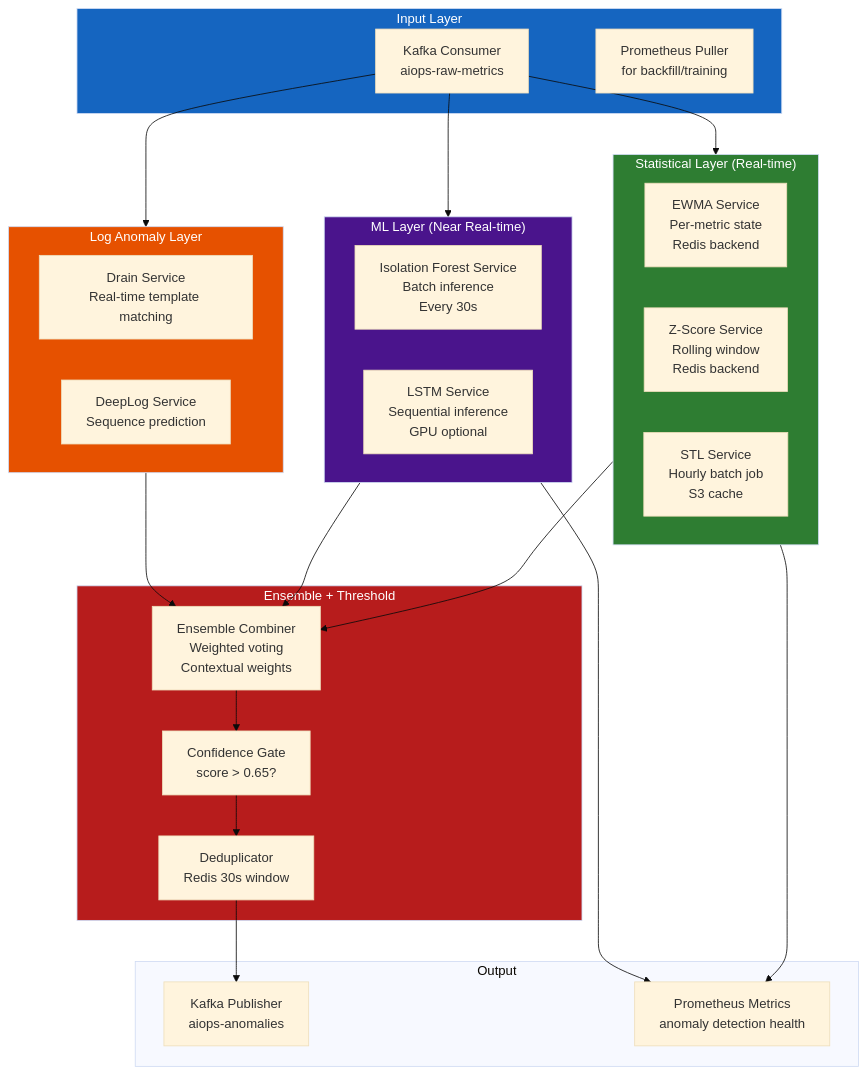
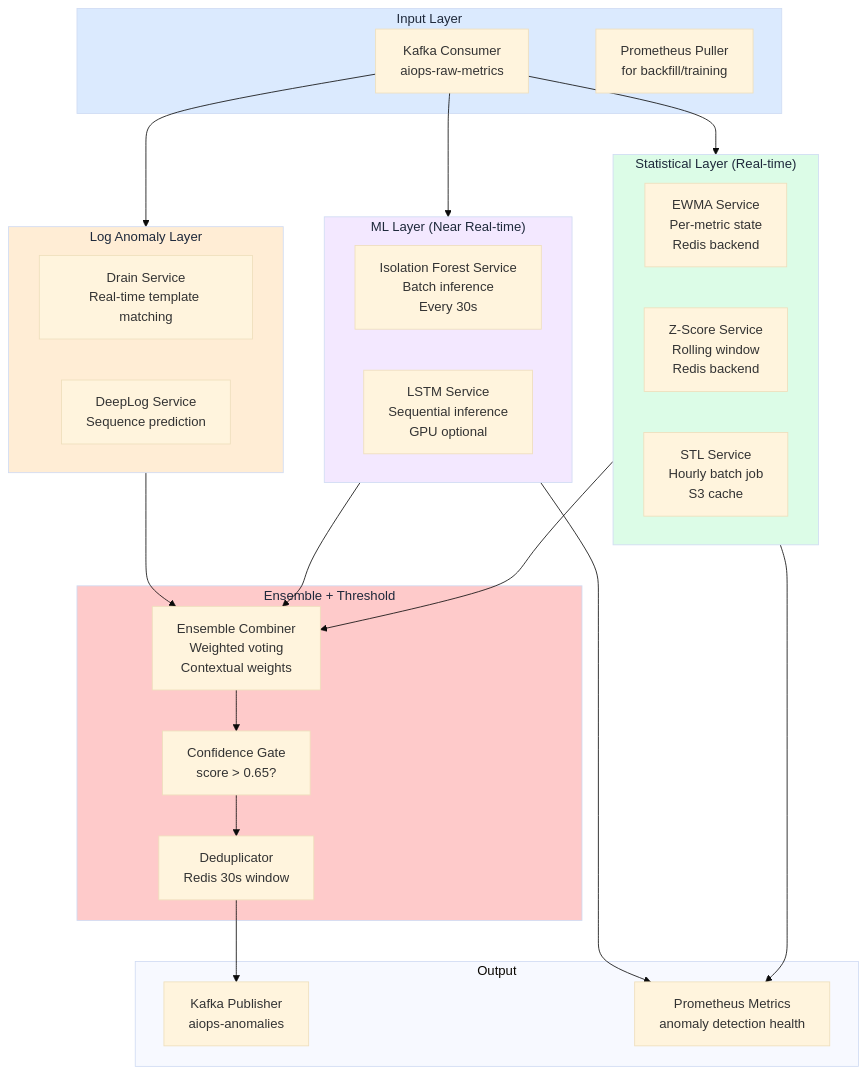
Before and after one commit to XUanhoa04/aiops-engineering-handbook: the seventh of 8 diagrams in docs/vi/08-anomaly-detection/README.vi.md, drawn with Mermaid (base theme). The commit also changed other lines of this file and 39 other files, not shown here.

First line of the commit message:
docs: concept-first Ch.08-12, collapse code, soft Mermaid colors

````diff
--- a/docs/vi/08-anomaly-detection/README.vi.md
+++ b/docs/vi/08-anomaly-detection/README.vi.md
@@ -1480,52 +2257,52 @@
 ```mermaid
 flowchart TD
     subgraph Input["Input Layer"]
         KF[Kafka Consumer\naiops-raw-metrics]
         PROM[Prometheus Puller\nfor backfill/training]
     end
 
     subgraph StatLayer["Statistical Layer (Real-time)"]
         EWMA_S[EWMA Service\nPer-metric state\nRedis backend]
         ZSCORE[Z-Score Service\nRolling window\nRedis backend]
         STL_S[STL Service\nHourly batch job\nS3 cache]
     end
 
     subgraph MLLayer["ML Layer (Near Real-time)"]
         IF_S[Isolation Forest Service\nBatch inference\nEvery 30s]
         LSTM_S[LSTM Service\nSequential inference\nGPU optional]
     end
 
     subgraph LogLayer["Log Anomaly Layer"]
         DRAIN_S[Drain Service\nReal-time template matching]
         DEEPLOG_S[DeepLog Service\nSequence prediction]
     end
 
     subgraph Ensemble["Ensemble + Threshold"]
         ENS[Ensemble Combiner\nWeighted voting\nContextual weights]
         GATE[Confidence Gate\nscore > 0.65?]
         DEDUP[Deduplicator\nRedis 30s window]
     end
 
     subgraph Output["Output"]
         PUB[Kafka Publisher\naiops-anomalies]
         METRICS[Prometheus Metrics\nanomaly detection health]
     end
 
     KF --> StatLayer
     KF --> MLLayer
     KF --> LogLayer
 
     StatLayer --> ENS
     MLLayer --> ENS
     LogLayer --> ENS
 
     ENS --> GATE --> DEDUP --> PUB
     StatLayer --> METRICS
     MLLayer --> METRICS
 
-    style Input fill:#1565c0,color:#fff
-    style StatLayer fill:#2e7d32,color:#fff
-    style MLLayer fill:#4a148c,color:#fff
-    style LogLayer fill:#e65100,color:#fff
-    style Ensemble fill:#b71c1c,color:#fff
+    style Input fill:#dbeafe,color:#1e293b
+    style StatLayer fill:#dcfce7,color:#1e293b
+    style MLLayer fill:#f3e8ff,color:#1e293b
+    style LogLayer fill:#ffedd5,color:#1e293b
+    style Ensemble fill:#fecaca,color:#1e293b
 ```
````
